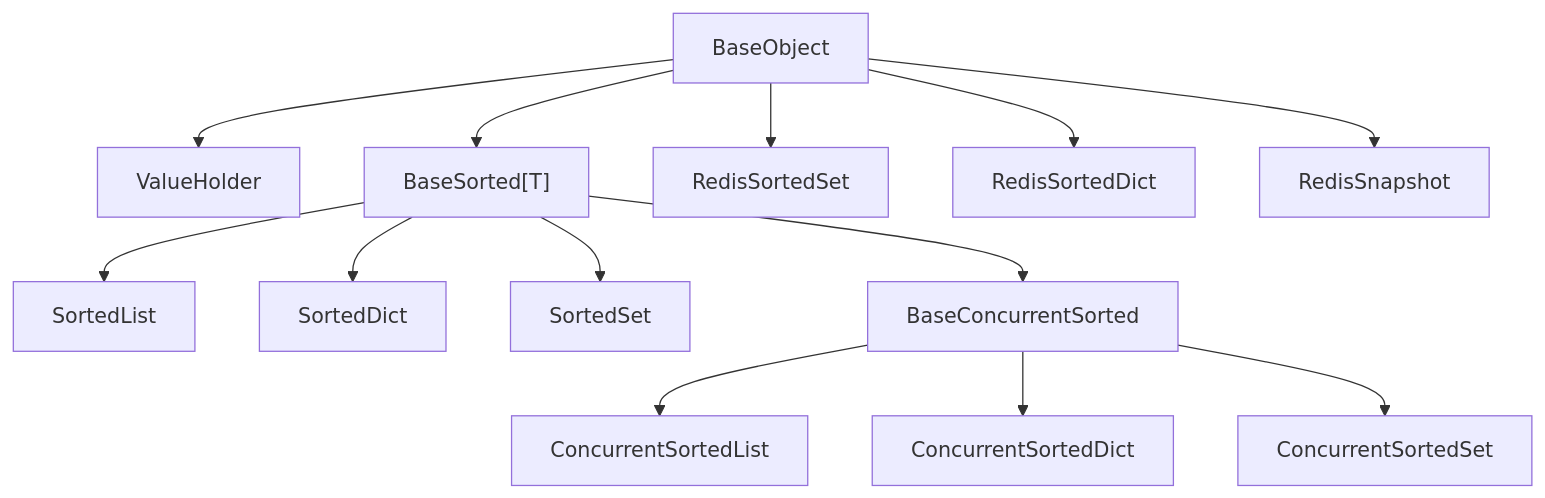
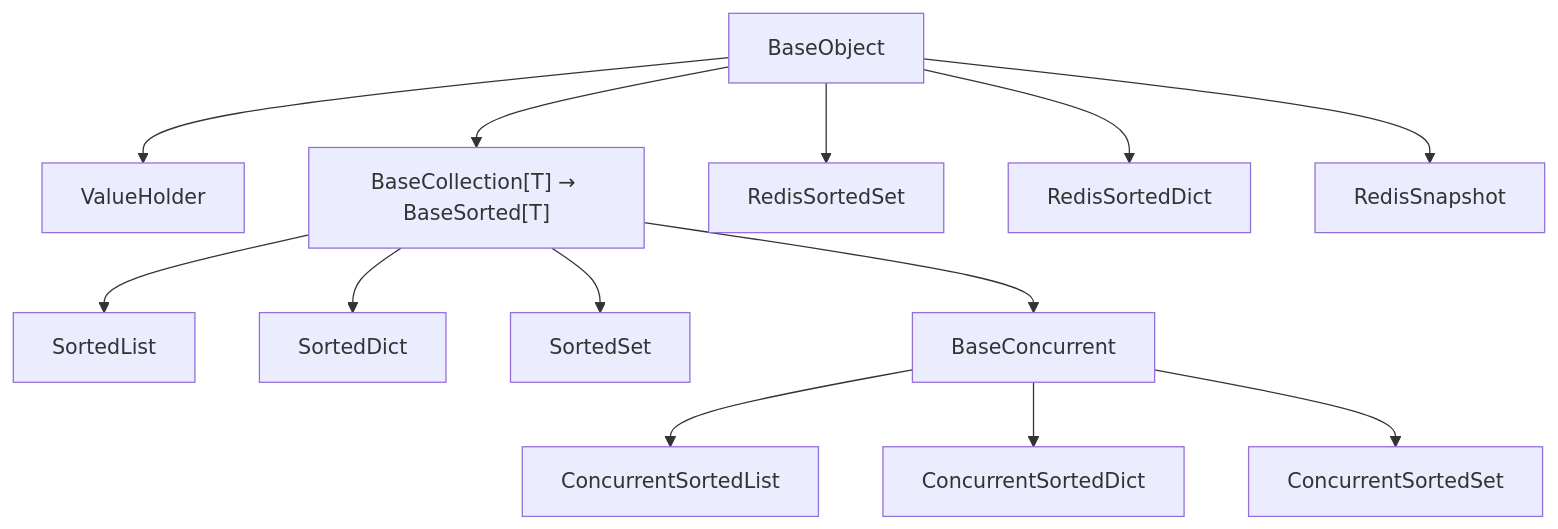
One commit to minjian123/basic-management-system changed the diagram in bms文档/项目/01_项目骨架/任务/02_后端基座/02_后端基座_01_根基类与集合体系/设计/01_详细设计_01_根基类与集合体系.md. Above: the diagram before and after it, drawn with Mermaid. The commit also changed other lines of this file and 29 other files, not shown here.

````diff
--- a/bms文档/项目/01_项目骨架/任务/02_后端基座/02_后端基座_01_根基类与集合体系/设计/01_详细设计_01_根基类与集合体系.md
+++ b/bms文档/项目/01_项目骨架/任务/02_后端基座/02_后端基座_01_根基类与集合体系/设计/01_详细设计_01_根基类与集合体系.md
@@ -64,28 +66,28 @@
 ```mermaid
 flowchart TD
     根系["BaseObject"]
     VS["ValueHolder"]
-    BS["BaseSorted[T]"]
+    BS["BaseCollection[T] → BaseSorted[T]"]
     SL["SortedList"]
     SD["SortedDict"]
     SS["SortedSet"]
-    BCS["BaseConcurrentSorted"]
+    BCS["BaseConcurrent"]
     CSL["ConcurrentSortedList"]
     CSD["ConcurrentSortedDict"]
     CSS["ConcurrentSortedSet"]
     RSZ["RedisSortedSet"]
     RSD["RedisSortedDict"]
     RSN["RedisSnapshot"]
     根系 --> VS
     根系 --> BS
     BS --> SL
     BS --> SD
     BS --> SS
     BS --> BCS
     BCS --> CSL
     BCS --> CSD
     BCS --> CSS
     根系 --> RSZ
     根系 --> RSD
     根系 --> RSN
 ```
````
